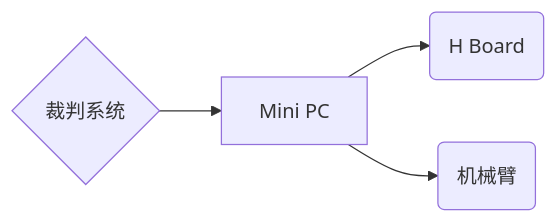
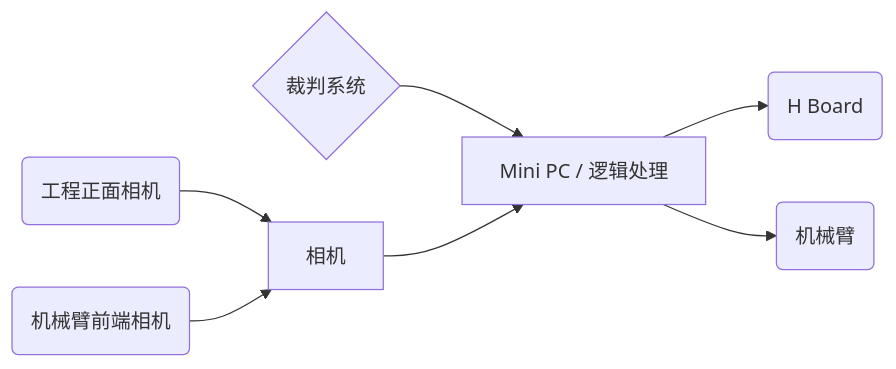
One commit to X-Green/RM2023-Engineer-Controller changed the second of 2 diagrams in Draft1.md. Above: the diagram before and after it, drawn with Mermaid. The commit also changed other lines of this file, not shown here.

````diff
--- a/Draft1.md
+++ b/Draft1.md
@@ -30,6 +26,9 @@
 ```mermaid
 graph LR
-A1{裁判系统} -->B[Mini PC]
+H1(工程正面相机) --> A2
+H2(机械臂前端相机) --> A2
+A1{裁判系统} -->B[Mini PC / 逻辑处理]
+A2[相机] -->B
 B --> C1(H Board)
 B --> C2(机械臂)
 ```
````
